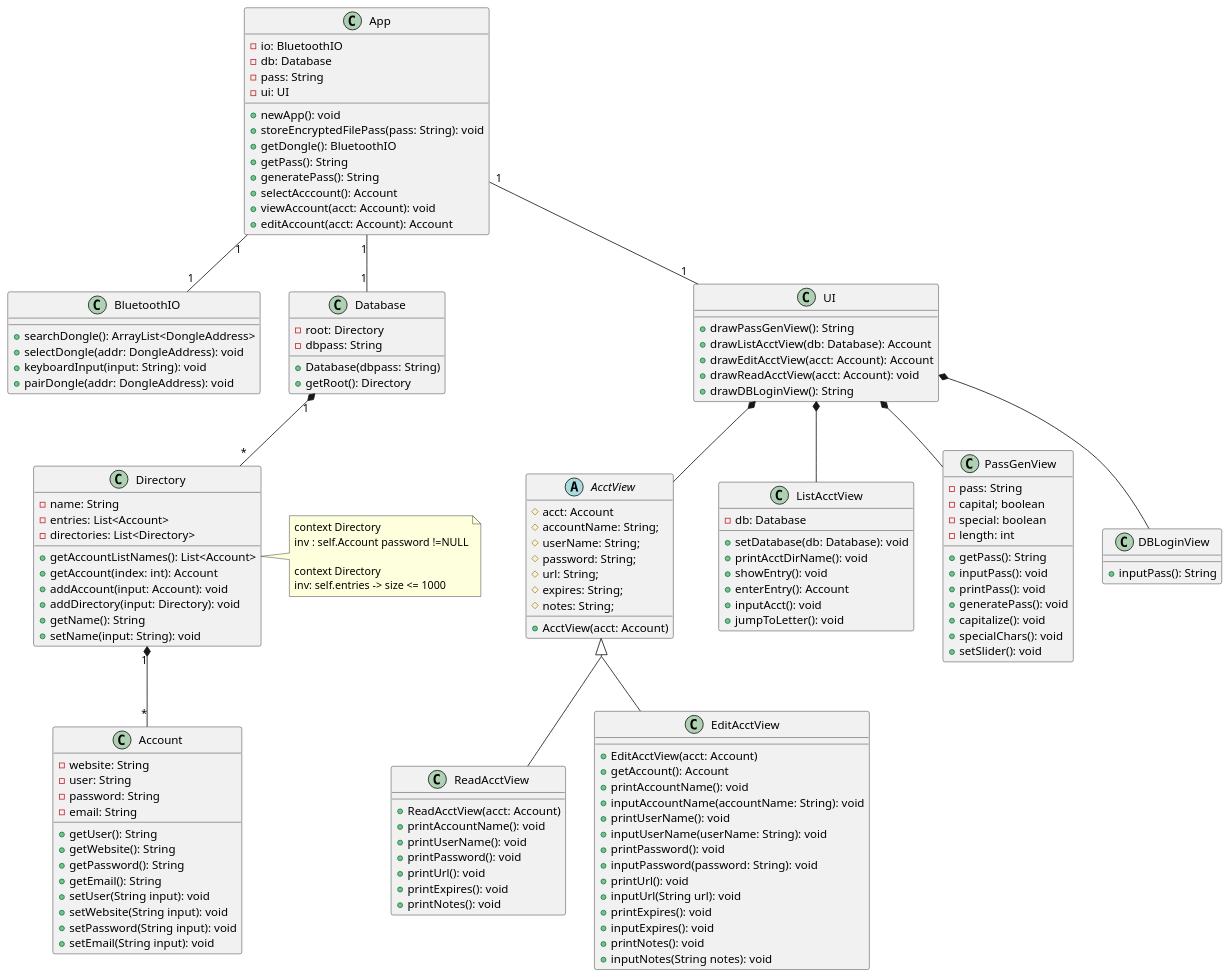
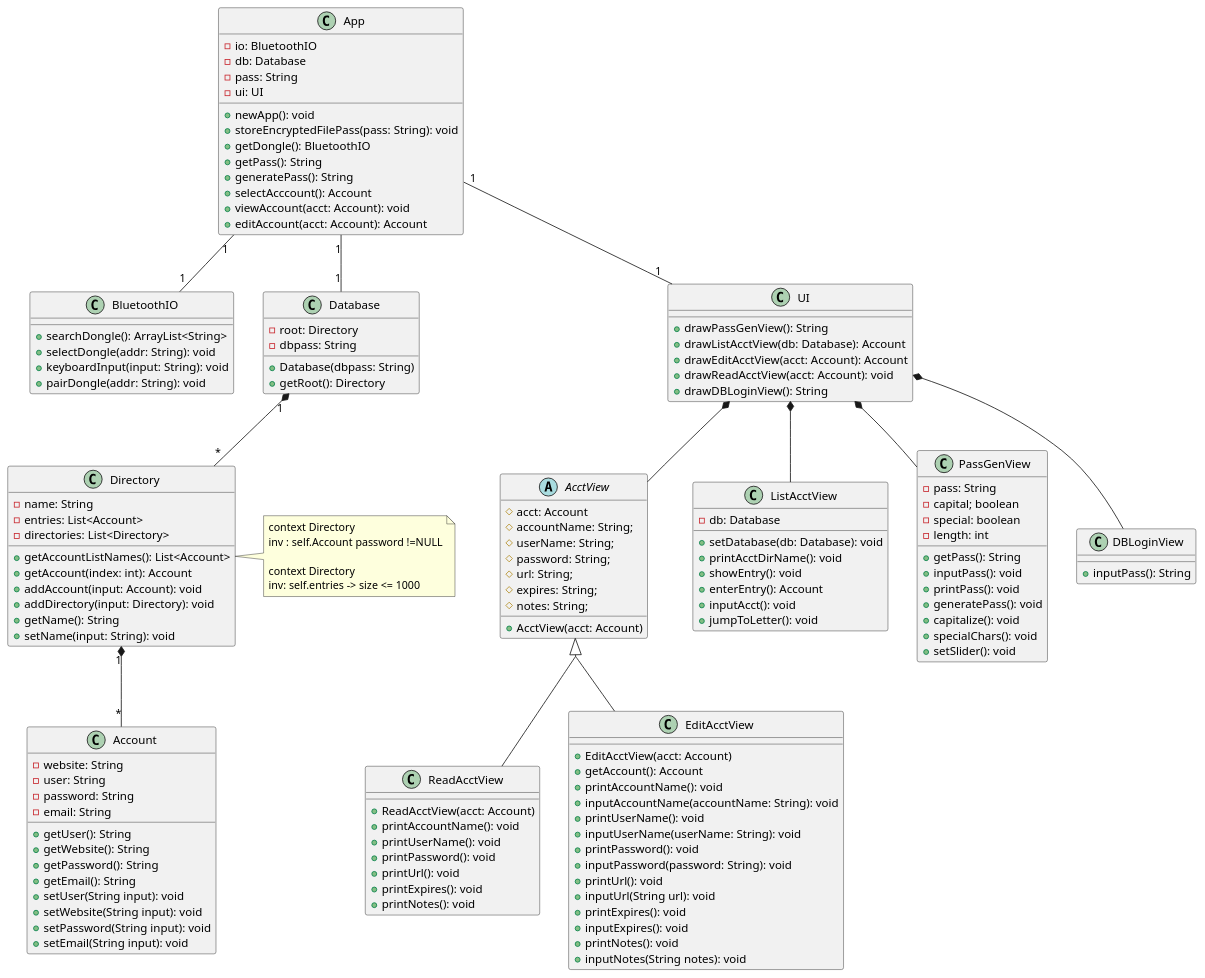
Before and after one commit to gentmantan/cen4010groupproject: the diagram in docs/class1.plantuml, drawn with PlantUML. The commit also changed 2 other files, not shown here.

Commit message:
Removed DongleAddress dependency and adjusted class diagram accordingly

```diff
--- a/docs/class1.plantuml
+++ b/docs/class1.plantuml
@@ -1,164 +1,164 @@
 @startuml
 skinparam groupInheritance 2
 
 class App {
   -io: BluetoothIO
   -db: Database
   -pass: String
   -ui: UI
   +newApp(): void
   +storeEncryptedFilePass(pass: String): void
   +getDongle(): BluetoothIO
   +getPass(): String
   +generatePass(): String
   +selectAcccount(): Account
   +viewAccount(acct: Account): void
   +editAccount(acct: Account): Account
 }
 
 class BluetoothIO {
-  +searchDongle(): ArrayList<DongleAddress>
-  +selectDongle(addr: DongleAddress): void
+  +searchDongle(): ArrayList<String>
+  +selectDongle(addr: String): void
   +keyboardInput(input: String): void
-  +pairDongle(addr: DongleAddress): void
+  +pairDongle(addr: String): void
 }
 
 'class EncryptedFile {
 ''  -Database db
 ''  +EncryptedFile(){
 ''  }
 ''}
     class Directory {
       -name: String
       -entries: List<Account>
       -directories: List<Directory>
       +getAccountListNames(): List<Account>
       +getAccount(index: int): Account
       +addAccount(input: Account): void
       +addDirectory(input: Directory): void
       +getName(): String
       +setName(input: String): void
     }
 
     class Database{
       -root: Directory
       -dbpass: String
       +Database(dbpass: String)
       +getRoot(): Directory
     }
 
     class Account {
       -website: String
       -user: String
       -password: String
       -email: String
       +getUser(): String
       +getWebsite(): String
       +getPassword(): String
       +getEmail(): String
       +setUser(String input): void
       +setWebsite(String input): void
       +setPassword(String input): void
       +setEmail(String input): void
     }
 
     class UI{
       +drawPassGenView(): String
       +drawListAcctView(db: Database): Account
       +drawEditAcctView(acct: Account): Account
       +drawReadAcctView(acct: Account): void
       +drawDBLoginView(): String
     }
 
     abstract AcctView{
       #acct: Account
       #accountName: String;
       #userName: String;
       #password: String;
       #url: String;
       #expires: String;
       #notes: String;
       +AcctView(acct: Account)
     }
 
     class ListAcctView{
       -db: Database
       +setDatabase(db: Database): void
       +printAcctDirName(): void
       +showEntry(): void
       +enterEntry(): Account
       +inputAcct(): void
       +jumpToLetter(): void
     }
 
     class PassGenView{
       -pass: String
       -capital; boolean
       -special: boolean
       -length: int
       +getPass(): String
       +inputPass(): void
       +printPass(): void
       +generatePass(): void
       +capitalize(): void
       +specialChars(): void
       +setSlider(): void
     }
 
     class DBLoginView{
       +inputPass(): String
     }
 
     class ReadAcctView{
       +ReadAcctView(acct: Account)
       +printAccountName(): void
       +printUserName(): void
       +printPassword(): void
       +printUrl(): void
       +printExpires(): void
       +printNotes(): void
     }
 
     class EditAcctView{
       +EditAcctView(acct: Account)
       +getAccount(): Account
       +printAccountName(): void
       +inputAccountName(accountName: String): void
       +printUserName(): void
       +inputUserName(userName: String): void
       +printPassword(): void
       +inputPassword(password: String): void
       +printUrl(): void
       +inputUrl(String url): void
       +printExpires(): void
       +inputExpires(): void
       +printNotes(): void
       +inputNotes(String notes): void
     }
 
 App "1" -- "1" BluetoothIO
 
 'App "1" -- "1" EncryptedFile
 'EncryptedFile "1" *-- "1" Database
 App "1" -- "1" Database
 Database "1" *-- "*" Directory
 Directory "1" *-- "*" Account
 
 App "1" -- "1" UI
 UI *--  AcctView
 
 note right of Directory
   context Directory
   inv : self.Account password !=NULL
 
   context Directory
   inv: self.entries -> size <= 1000
 end note
 
 
 AcctView <|-- EditAcctView
 AcctView <|-- ReadAcctView
 UI *-- ListAcctView
 UI *-- PassGenView
 UI *-- DBLoginView
 @enduml
```
